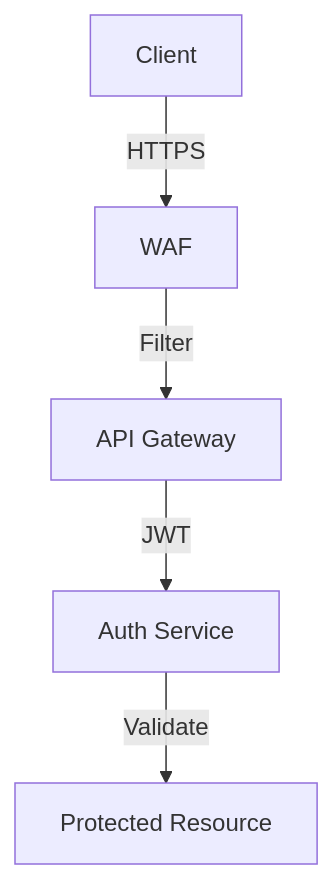
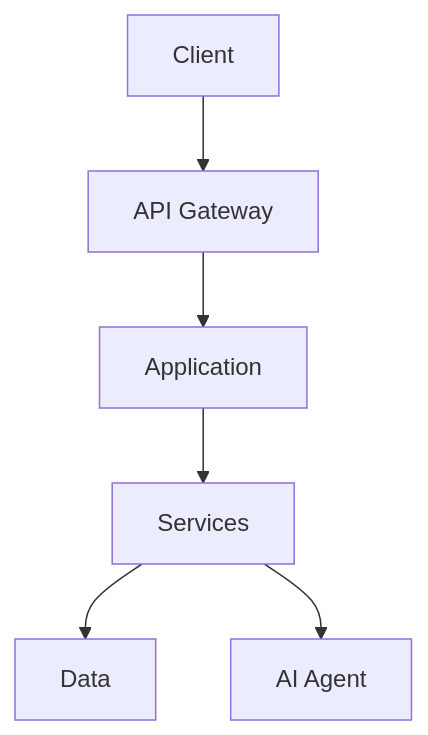
The first of 2 diagrams in DEVELOPMENT/Templates/_DOCS-TEMPLATES/ARCHITECTURE.md (miquael/AAA-Library), drawn with Mermaid before and after one commit. The commit also changed other lines of this file and 7 other files, not shown here.

````diff
--- a/DEVELOPMENT/Templates/_DOCS-TEMPLATES/ARCHITECTURE.md
+++ b/DEVELOPMENT/Templates/_DOCS-TEMPLATES/ARCHITECTURE.md
@@ -100,7 +6,8 @@
 ```mermaid
-flowchart TD
-    A[Client] -->|HTTPS| B[WAF]
-    B -->|Filter| C[API Gateway]
-    C -->|JWT| D[Auth Service]
-    D -->|Validate| E[Protected Resource]
+graph TD
+    A[Client] --> B[API Gateway]
+    B --> C[Application]
+    C --> D[Services]
+    D --> E[Data]
+    D --> F[AI Agent]
 ```
````
